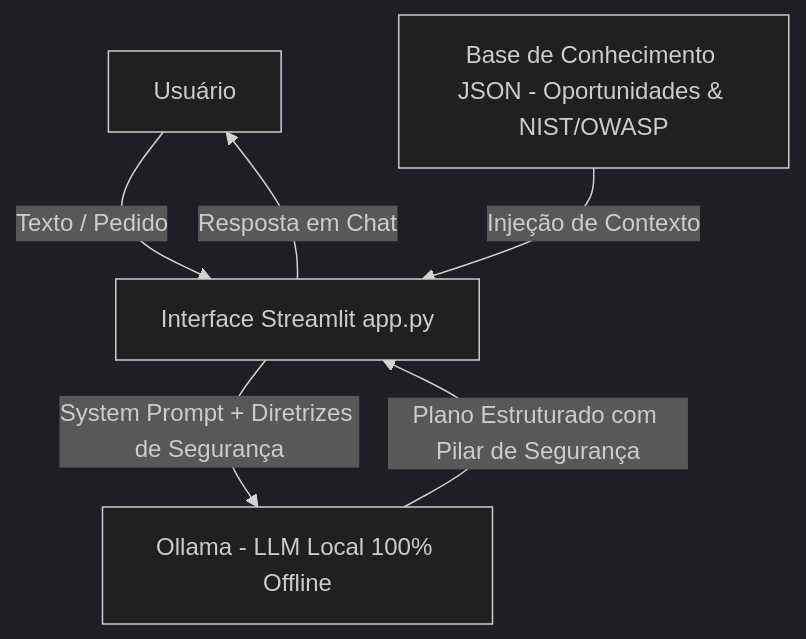
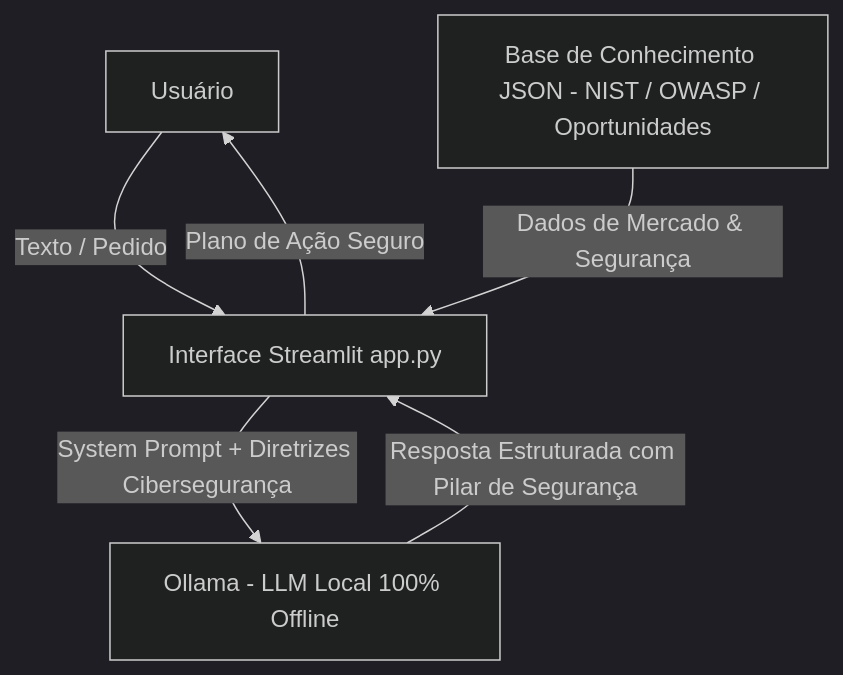
The diagram in docs/01-documentacao-agente.md (NizaoSilva/dio-lab-bia-do-futuro), drawn with Mermaid (dark theme) before and after one commit. The commit also changed other lines of this file, not shown here.

````diff
--- a/docs/01-documentacao-agente.md
+++ b/docs/01-documentacao-agente.md
@@ -18,8 +61,8 @@
 ```mermaid
 flowchart TD
     A[Usuário] -->|Texto / Pedido| B[Interface Streamlit app.py]
-    B -->|System Prompt + Diretrizes de Segurança| C[Ollama - LLM Local 100% Offline]
-    D[Base de Conhecimento JSON - Oportunidades & NIST/OWASP] -->|Injeção de Contexto| B
-    C -->|Plano Estruturado com Pilar de Segurança| B
-    B -->|Resposta em Chat| A
+    B -->|System Prompt + Diretrizes Cibersegurança| C[Ollama - LLM Local 100% Offline]
+    D[Base de Conhecimento JSON - NIST / OWASP / Oportunidades] -->|Dados de Mercado & Segurança| B
+    C -->|Resposta Estruturada com Pilar de Segurança| B
+    B -->|Plano de Ação Seguro| A
 ```
````
